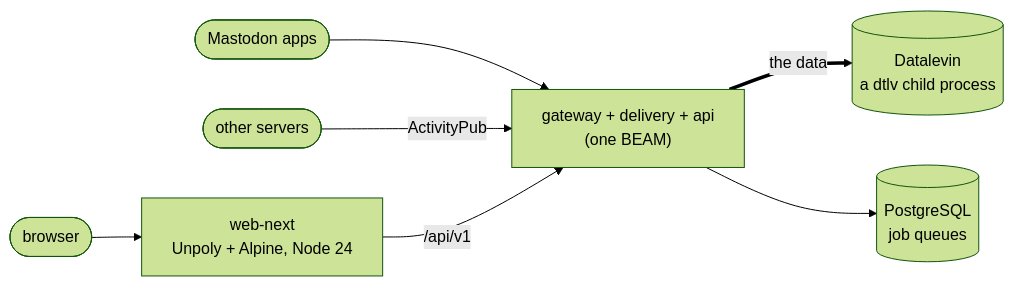
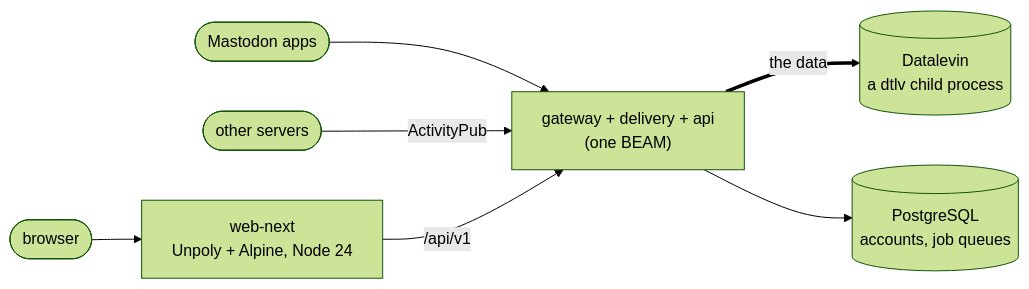
Before and after one commit to sukhi-social/sukhi-fedi: the diagram in docs/DEVELOPING.md, drawn with Mermaid (forest theme). The commit also changed other lines of this file and 15 other files, not shown here.

First line of the commit message:
Say that accounts are in PostgreSQL

````diff
--- a/docs/DEVELOPING.md
+++ b/docs/DEVELOPING.md
@@ -21,9 +21,9 @@
 ```mermaid
 flowchart LR
     B([browser]) --> W["web-next<br/>Unpoly + Alpine, Node 24"]
     A([Mastodon apps]) --> G
     O([other servers]) -- "ActivityPub" --> G
     W -- "/api/v1" --> G["gateway + delivery + api<br/>(one BEAM)"]
     G == "the data" ==> D[("Datalevin<br/>a dtlv child process")]
-    G --> Q[("PostgreSQL<br/>job queues")]
+    G --> Q[("PostgreSQL<br/>accounts, job queues")]
 ```
````
